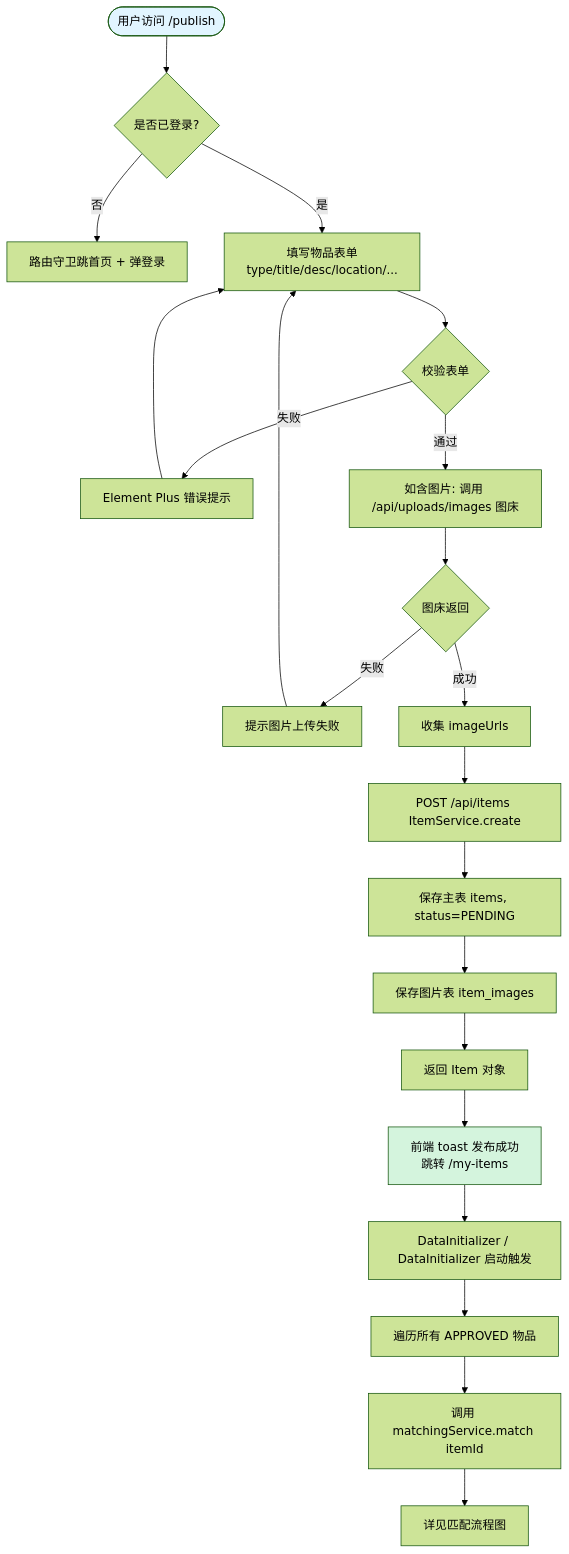
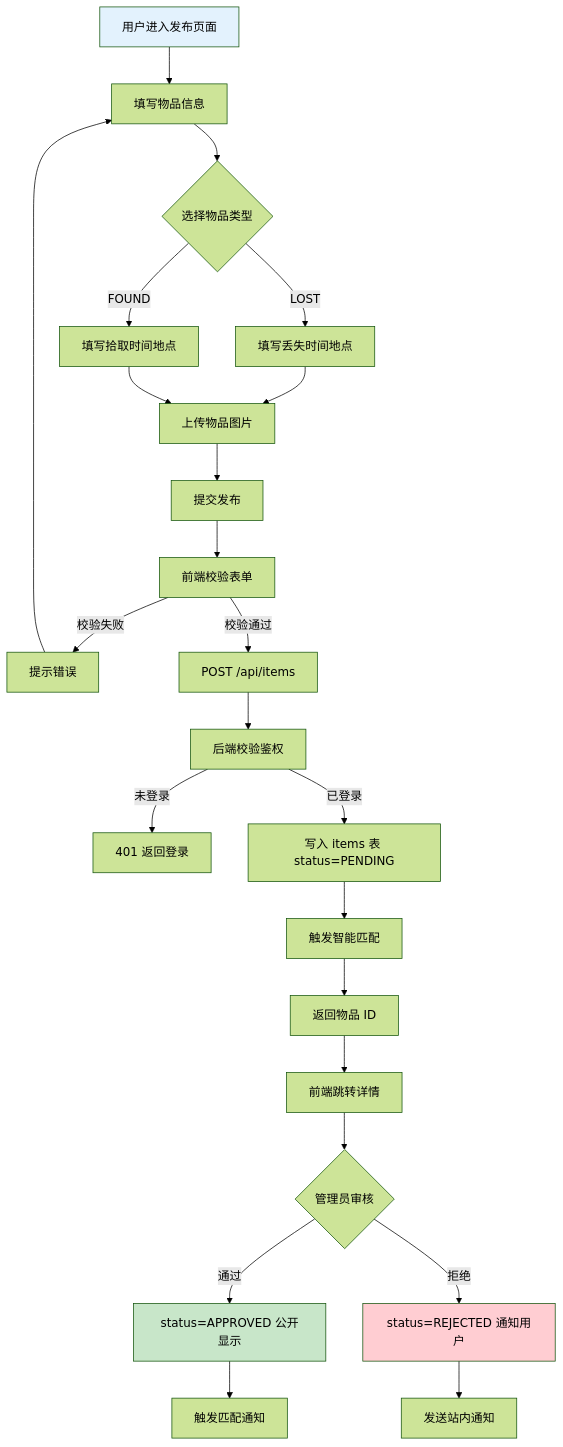
The ninth of 29 diagrams in docs/项目图表.md (zwj-3193655211/campus-LostandFound), drawn with Mermaid (forest theme) before and after one commit. The commit also changed other lines of this file and 51 other files, not shown here.

````diff
--- a/docs/项目图表.md
+++ b/docs/项目图表.md
@@ -401,25 +568,28 @@
 ```mermaid
 flowchart TD
-    A([用户访问 /publish]) --> B{是否已登录?}
-    B -->|否| C[路由守卫跳首页 + 弹登录]
-    B -->|是| D[填写物品表单<br/>type/title/desc/location/...]
-    D --> E{校验表单}
-    E -->|失败| F[Element Plus 错误提示] --> D
-    E -->|通过| G[如含图片: 调用 /api/uploads/images 图床]
-    G --> G1{图床返回}
-    G1 -->|失败| G2[提示图片上传失败] --> D
-    G1 -->|成功| H[收集 imageUrls]
-    H --> I[POST /api/items ItemService.create]
-    I --> J[保存主表 items, status=PENDING]
-    J --> K[保存图片表 item_images]
-    K --> L[返回 Item 对象]
-    L --> M[前端 toast 发布成功<br/>跳转 /my-items]
+    A[用户进入发布页面] --> B[填写物品信息]
+    B --> C{选择物品类型}
+    C -->|LOST| D[填写丢失时间地点]
+    C -->|FOUND| E[填写拾取时间地点]
+    D --> F[上传物品图片]
+    E --> F
+    F --> G[提交发布]
+    G --> H[前端校验表单]
+    H -->|校验失败| I[提示错误] --> B
+    H -->|校验通过| J[POST /api/items]
+    J --> K[后端校验鉴权]
+    K -->|未登录| L[401 返回登录]
+    K -->|已登录| M[写入 items 表 status=PENDING]
+    M --> N[触发智能匹配]
+    N --> O[返回物品 ID]
+    O --> P[前端跳转详情]
+    P --> Q{管理员审核}
+    Q -->|通过| R[status=APPROVED 公开显示]
+    Q -->|拒绝| S[status=REJECTED 通知用户]
+    R --> T[触发匹配通知]
+    S --> U[发送站内通知]
 
-    M --> N[DataInitializer / DataInitializer 启动触发]
-    N --> O[遍历所有 APPROVED 物品]
-    O --> P[调用 matchingService.match itemId]
-    P --> Q[详见匹配流程图]
-
-    style A fill:#e1f5ff
-    style M fill:#d4f4dd
+    style A fill:#e3f2fd
+    style R fill:#c8e6c9
+    style S fill:#ffcdd2
 ```
````
